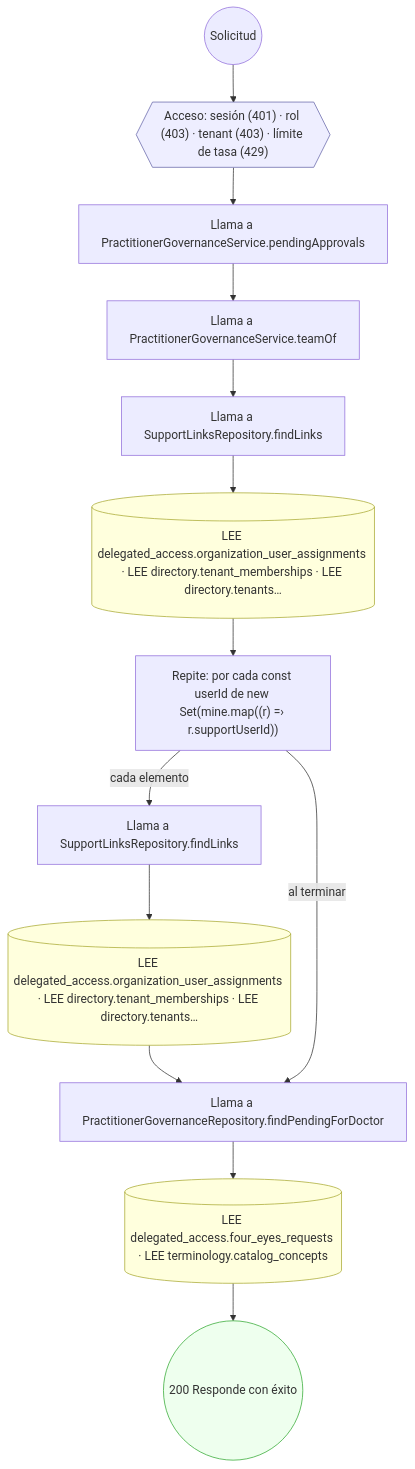
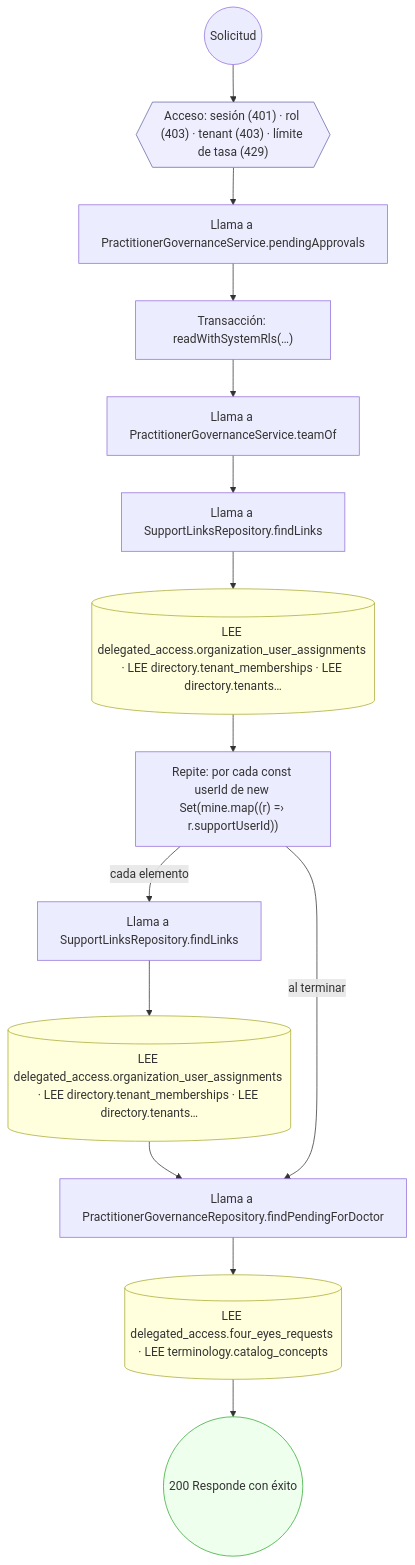
Before and after one commit to mdavila-2001/mantra-core-health-api: the fifth of 42 diagrams in docs/inventario/flujos/delegated_access.md, drawn with Mermaid. The commit also changed other lines of this file and 376 other files, not shown here.

````diff
--- a/docs/inventario/flujos/delegated_access.md
+++ b/docs/inventario/flujos/delegated_access.md
@@ -590,33 +792,35 @@
 ```mermaid
 flowchart TD
   n1(("Solicitud")):::inicio
   n2{{"Acceso: sesión (401) · rol (403) · tenant (403) · límite de tasa (429)"}}:::acceso
   n1 --> n2
   n3["Llama a PractitionerGovernanceService.pendingApprovals"]:::llamada
   n2 --> n3
-  n4["Llama a PractitionerGovernanceService.teamOf"]:::llamada
+  n4["Transacción: readWithSystemRls(…)"]:::transaccion
   n3 --> n4
-  n5["Llama a SupportLinksRepository.findLinks"]:::llamada
+  n5["Llama a PractitionerGovernanceService.teamOf"]:::llamada
   n4 --> n5
-  n6[("LEE delegated_access.organization_user_assignments · LEE directory.tenant_memberships · LEE directory.tenants…")]:::efecto
+  n6["Llama a SupportLinksRepository.findLinks"]:::llamada
   n5 --> n6
-  n7["Repite: por cada const userId de new Set(mine.map((r) =› r.supportUserId))"]:::bucle
+  n7[("LEE delegated_access.organization_user_assignments · LEE directory.tenant_memberships · LEE directory.tenants…")]:::efecto
   n6 --> n7
-  n8["Llama a SupportLinksRepository.findLinks"]:::llamada
-  n7 -->|"cada elemento"| n8
-  n9[("LEE delegated_access.organization_user_assignments · LEE directory.tenant_memberships · LEE directory.tenants…")]:::efecto
-  n8 --> n9
-  n10["Llama a PractitionerGovernanceRepository.findPendingForDoctor"]:::llamada
+  n8["Repite: por cada const userId de new Set(mine.map((r) =› r.supportUserId))"]:::bucle
+  n7 --> n8
+  n9["Llama a SupportLinksRepository.findLinks"]:::llamada
+  n8 -->|"cada elemento"| n9
+  n10[("LEE delegated_access.organization_user_assignments · LEE directory.tenant_memberships · LEE directory.tenants…")]:::efecto
   n9 --> n10
-  n7 -->|"al terminar"| n10
-  n11[("LEE delegated_access.four_eyes_requests · LEE terminology.catalog_concepts")]:::efecto
+  n11["Llama a PractitionerGovernanceRepository.findPendingForDoctor"]:::llamada
   n10 --> n11
-  n12(("200 Responde con éxito")):::ok
+  n8 -->|"al terminar"| n11
+  n12[("LEE delegated_access.four_eyes_requests · LEE terminology.catalog_concepts")]:::efecto
   n11 --> n12
+  n13(("200 Responde con éxito")):::ok
+  n12 --> n13
   classDef acceso fill:#eef,stroke:#66a
   classDef error fill:#fee,stroke:#c33
   classDef ok fill:#efe,stroke:#3a3
   classDef efecto fill:#ffd,stroke:#aa3
   classDef decision fill:#fff,stroke:#555
   classDef corte fill:#eee,stroke:#999,stroke-dasharray: 4
 ```
````
